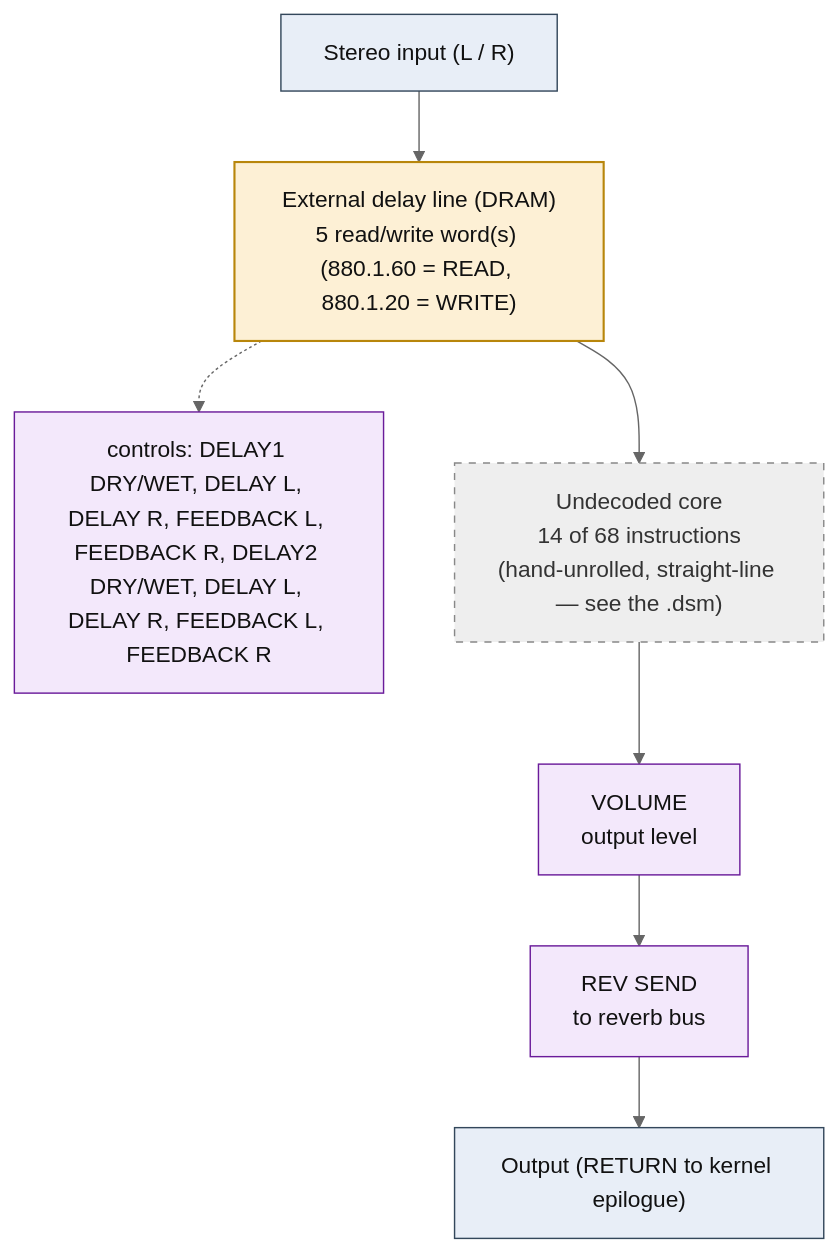
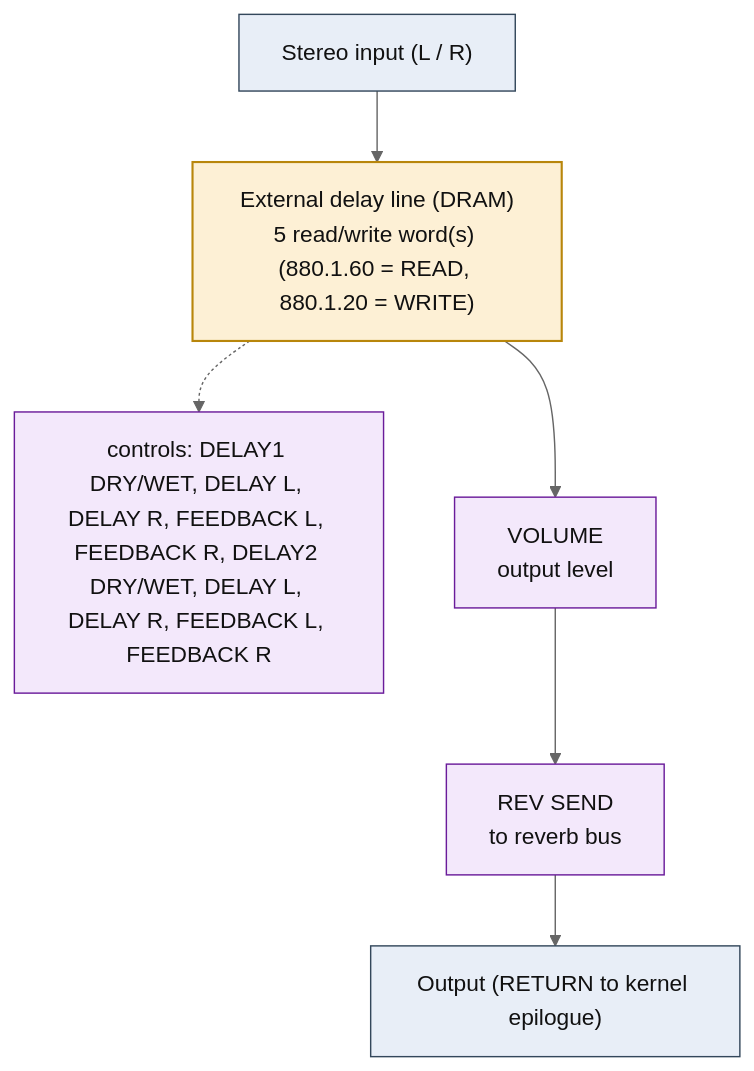
The diagram in dsp/flowcharts/prog65_s_delay_s_delay.md (ArqueologiaDigital/kn5000-roms-disasm), drawn with Mermaid (neutral theme) before and after one commit. The commit also changed other lines of this file and 39 other files, not shown here.

First line of the commit message:
dsp: annotate all flowcharts with the classic effect topology each shape matches

````diff
--- a/dsp/flowcharts/prog65_s_delay_s_delay.md
+++ b/dsp/flowcharts/prog65_s_delay_s_delay.md
@@ -12,27 +12,24 @@
 ```mermaid
 flowchart TD
     N0["Stereo input (L / R)"]
     N1["External delay line (DRAM)<br/>5 read/write word(s) (880.1.60 = READ, 880.1.20 = WRITE)"]
     N0 --> N1
     N2["controls: DELAY1 DRY/WET, DELAY L, DELAY R, FEEDBACK L, FEEDBACK R, DELAY2 DRY/WET, DELAY L, DELAY R, FEEDBACK L, FEEDBACK R"]
     N1 -.-> N2
-    N3["Undecoded core<br/>14 of 68 instructions<br/>(hand-unrolled, straight-line &mdash; see the .dsm)"]
+    N3["VOLUME<br/>output level"]
     N1 --> N3
-    N4["VOLUME<br/>output level"]
+    N4["REV SEND<br/>to reverb bus"]
     N3 --> N4
-    N5["REV SEND<br/>to reverb bus"]
+    N5["Output (RETURN to kernel epilogue)"]
     N4 --> N5
-    N6["Output (RETURN to kernel epilogue)"]
-    N5 --> N6
 
     classDef io fill:#e8eef7,stroke:#33475b,stroke-width:1px,color:#111;
     classDef proven fill:#d7f0d7,stroke:#2e7d32,stroke-width:2px,color:#111;
     classDef measured fill:#dbe9fb,stroke:#1565c0,stroke-width:1.5px,color:#111;
     classDef inferred fill:#fdf0d5,stroke:#b8860b,stroke-width:1.5px,color:#111;
     classDef open fill:#eeeeee,stroke:#888,stroke-width:1px,color:#333,stroke-dasharray:5 5;
     classDef ctrl fill:#f3e8fb,stroke:#6a1b9a,stroke-width:1px,color:#111;
-    class N0,N6 io;
+    class N0,N5 io;
     class N1 inferred;
-    class N2,N4,N5 ctrl;
-    class N3 open;
+    class N2,N3,N4 ctrl;
 ```
````
